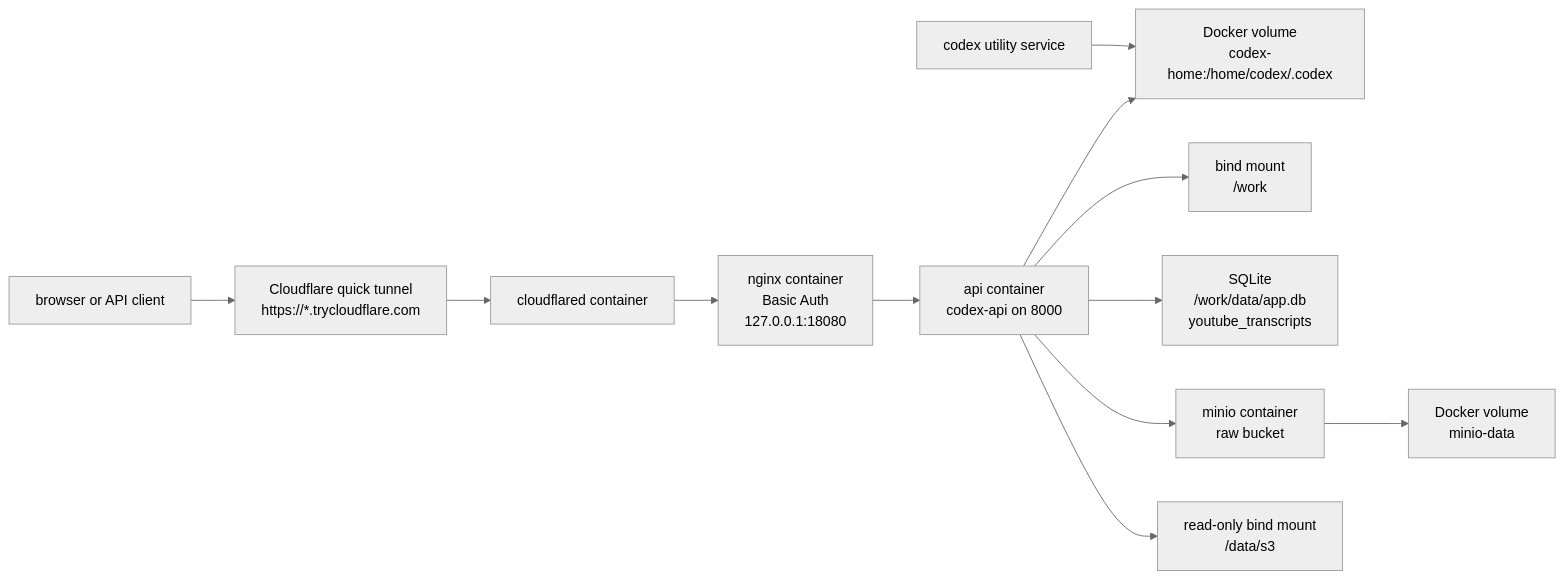
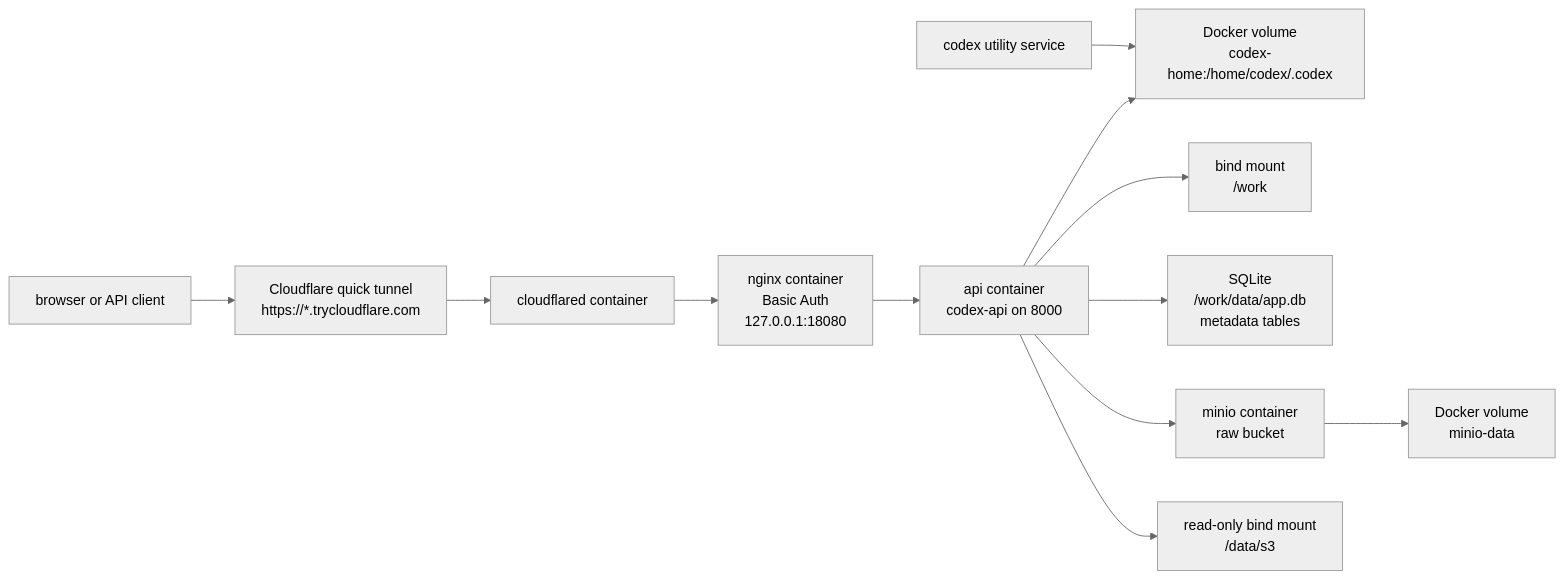
The fourth of 5 diagrams in docs/CICD.md (Mabaragi/codex-youtube-pipeline), drawn with Mermaid (neutral theme) before and after one commit. The commit also changed other lines of this file and 42 other files, not shown here.

First line of the commit message:
feat(youtube): track raw API calls

````diff
--- a/docs/CICD.md
+++ b/docs/CICD.md
@@ -131,15 +131,15 @@
 ```mermaid
 flowchart LR
     Client["browser or API client"] --> Tunnel["Cloudflare quick tunnel<br/>https://*.trycloudflare.com"]
     Tunnel --> Cloudflared["cloudflared container"]
     Cloudflared --> Nginx["nginx container<br/>Basic Auth<br/>127.0.0.1:18080"]
     Nginx --> API["api container<br/>codex-api on 8000"]
 
     API --> CodexVolume["Docker volume<br/>codex-home:/home/codex/.codex"]
     CodexTool["codex utility service"] --> CodexVolume
     API --> WorkBind["bind mount<br/>/work"]
-    API --> SQLite["SQLite<br/>/work/data/app.db<br/>youtube_transcripts"]
+    API --> SQLite["SQLite<br/>/work/data/app.db<br/>metadata tables"]
     API --> MinIO["minio container<br/>raw bucket"]
     MinIO --> MinioVolume["Docker volume<br/>minio-data"]
     API --> S3Bind["read-only bind mount<br/>/data/s3"]
 ```
````
